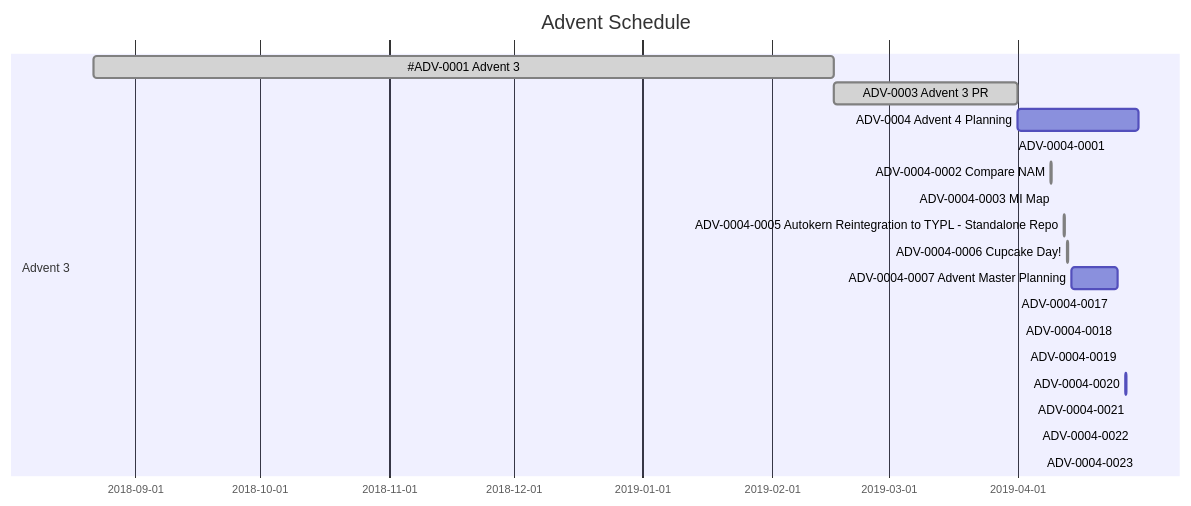
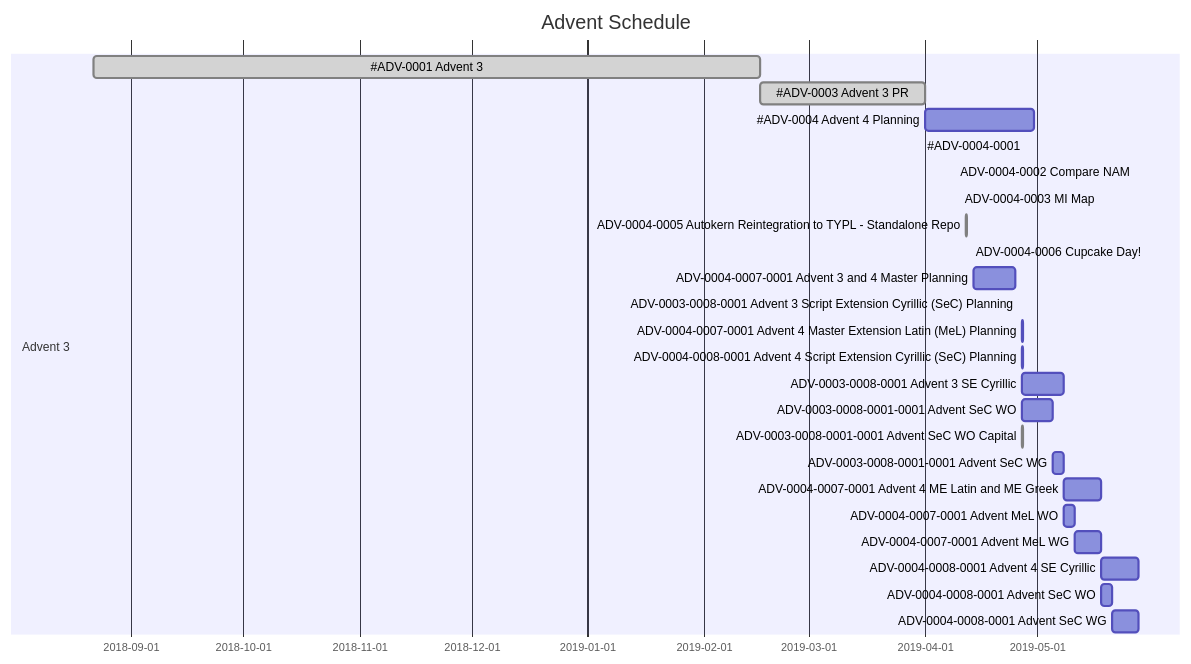
The second of 2 diagrams in README.md (VivaRado/Advent), drawn with Mermaid before and after one commit. The commit also changed other lines of this file and 2 other files, not shown here.

````diff
--- a/README.md
+++ b/README.md
@@ -805,24 +812,35 @@
 ```mermaid
 gantt
         dateFormat  YYYY-MM-DD
         title Advent Schedule
         section Advent 3
-        #ADV-0001 Advent 3:         done,des1, 2018-08-22,2019-02-16
-        ADV-0003 Advent 3 PR:         done,des2, 2019-02-16, 2019-04-01
-        ADV-0004 Advent 4 Planning:         des3, after des2, 2019-04-30
-        ADV-0004-0001:         done, des4, 2019-03-31, 2h
-        ADV-0004-0002 Compare NAM:         done, des5, 2019-04-09, 2h
-        ADV-0004-0003 MI Map:         done, des6, 2019-04-10, 2h
+        #ADV-0001 Advent 3:                                                  done, des1,  2018-08-22, 2019-02-16
+        #ADV-0003 Advent 3 PR:                                               done, des2,  2019-02-16, 2019-04-01
+        #ADV-0004 Advent 4 Planning:                                               des3,  after des2, 2019-04-30
+        #ADV-0004-0001:                                                      done, des4,  2019-03-31, 2h
+        ADV-0004-0002 Compare NAM:                                           done, des5,  2019-04-09, 2h
+        ADV-0004-0003 MI Map:                                                done, des6,  2019-04-10, 2h
         
-        ADV-0004-0005 Autokern Reintegration to TYPL - Standalone Repo: done, des8, 2019-04-12, 6h
-        ADV-0004-0006 Cupcake Day!:         done, des9, 2019-04-13, 2h
-        ADV-0004-0007 Advent Master Planning:         des10, 2019-04-14, 2019-04-25
-        
-        ADV-0004-0017:         des20, 2019-04-24, 2h
-        ADV-0004-0018:         des21, 2019-04-25, 2h
-        ADV-0004-0019:         des22, 2019-04-26, 2h
-        ADV-0004-0020:         des23, 2019-04-27, 2h
-        ADV-0004-0021:         des24, 2019-04-28, 2h
-        ADV-0004-0022:         des25, 2019-04-29, 2h
-        ADV-0004-0023:         des26, 2019-04-30, 2h
+        ADV-0004-0005 Autokern Reintegration to TYPL - Standalone Repo:      done, des8,  2019-04-12, 6h
+        ADV-0004-0006 Cupcake Day!:                                          done, des9,  2019-04-13, 2h
+
+        ADV-0004-0007-0001 Advent 3 and 4 Master Planning:                         des10, 2019-04-14, 2019-04-25
+
+        ADV-0003-0008-0001 Advent 3 Script Extension Cyrillic (SeC) Planning:      des27, 2019-04-26, 2h
+        ADV-0004-0007-0001 Advent 4 Master Extension Latin (MeL) Planning:         des28, 2019-04-27, 2h
+        ADV-0004-0008-0001 Advent 4 Script Extension Cyrillic (SeC) Planning:      des28, 2019-04-27, 1h
+
+        ADV-0003-0008-0001 Advent 3 SE Cyrillic:                                   des29, 2019-04-27, 11d
+            ADV-0003-0008-0001-0001 Advent SeC WO:                                 des30, 2019-04-27, 8d
+                ADV-0003-0008-0001-0001 Advent SeC WO Capital:               done, des31, 2019-04-27, 5h
+            ADV-0003-0008-0001-0001 Advent SeC WG:                                 des32, after des30, 3d
+
+        ADV-0004-0007-0001 Advent 4 ME Latin and ME Greek:                         des33, after des32, 10d
+            ADV-0004-0007-0001 Advent MeL WO:                                      des34, after des32, 3d
+            ADV-0004-0007-0001 Advent MeL WG:                                      des35, after des34, 7d
+
+        ADV-0004-0008-0001 Advent 4 SE Cyrillic:                                   des36, after des35, 10d
+            ADV-0004-0008-0001 Advent SeC WO:                                      des37, after des35, 3d
+            ADV-0004-0008-0001 Advent SeC WG:                                      des38, after des37, 7d
+
 ```
````
